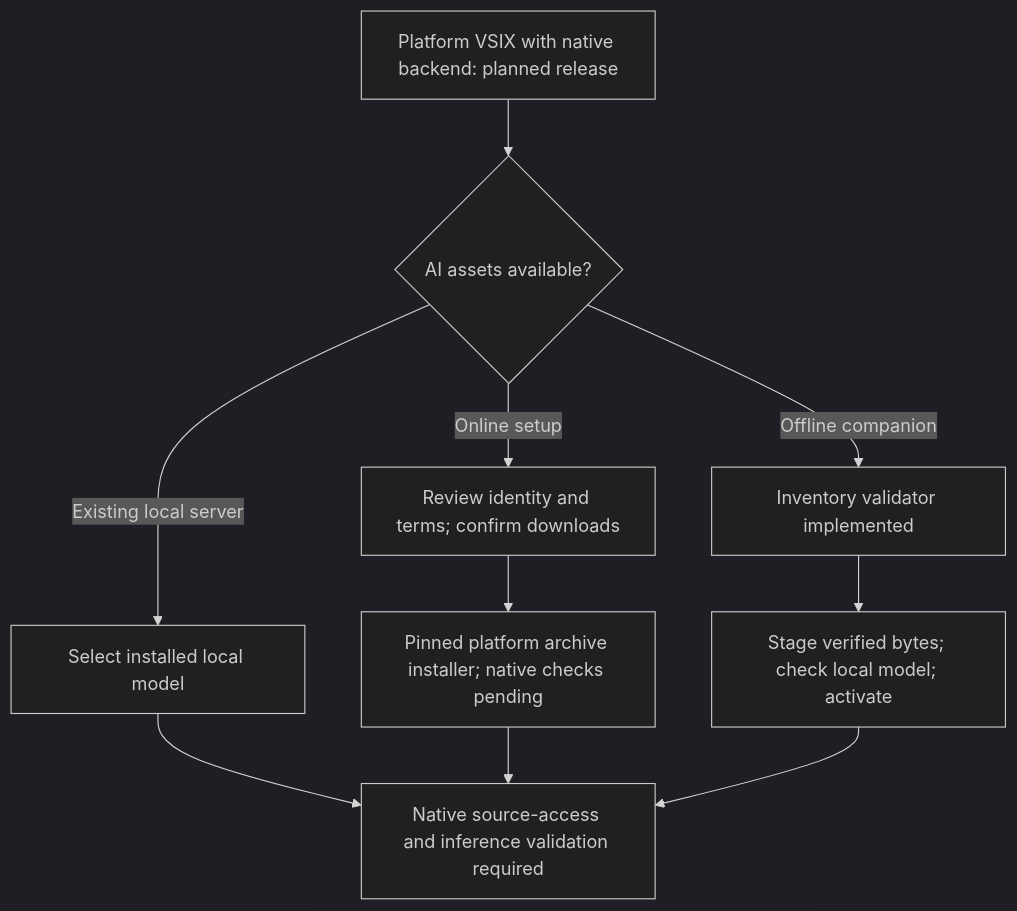
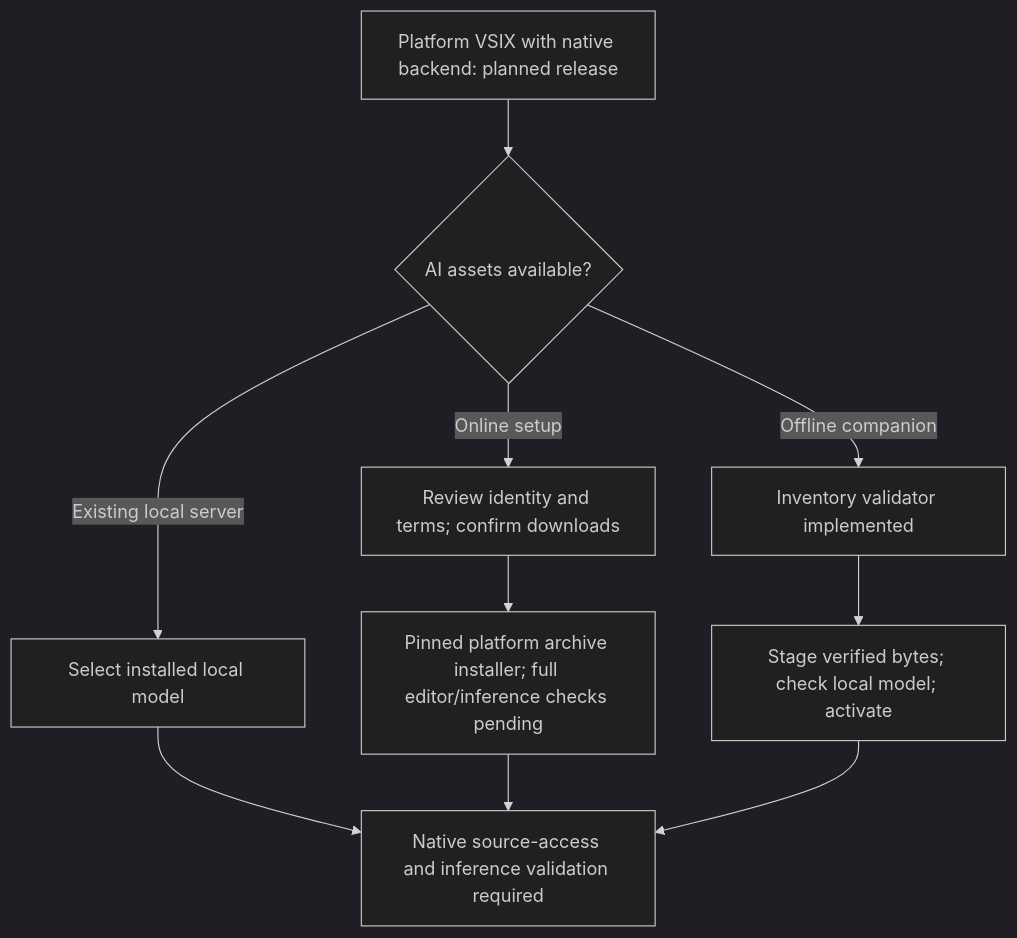
Before and after one commit to KrishnendraPrakash/thread: the diagram in docs/distribution-modes.md, drawn with Mermaid (dark theme). The commit also changed other lines of this file and 5 other files, not shown here.

````diff
--- a/docs/distribution-modes.md
+++ b/docs/distribution-modes.md
@@ -30,12 +30,12 @@
 ```mermaid
 flowchart TD
     Install[Platform VSIX with native backend: planned release] --> Choice{AI assets available?}
     Choice -->|Existing local server| Existing[Select installed local model]
     Choice -->|Online setup| Consent[Review identity and terms; confirm downloads]
-    Consent --> Download[Pinned platform archive installer; native checks pending]
+    Consent --> Download[Pinned platform archive installer; full editor/inference checks pending]
     Choice -->|Offline companion| Audit[Inventory validator implemented]
     Audit --> Import[Stage verified bytes; check local model; activate]
     Existing --> Native[Native source-access and inference validation required]
     Download --> Native
     Import --> Native
 ```
````
